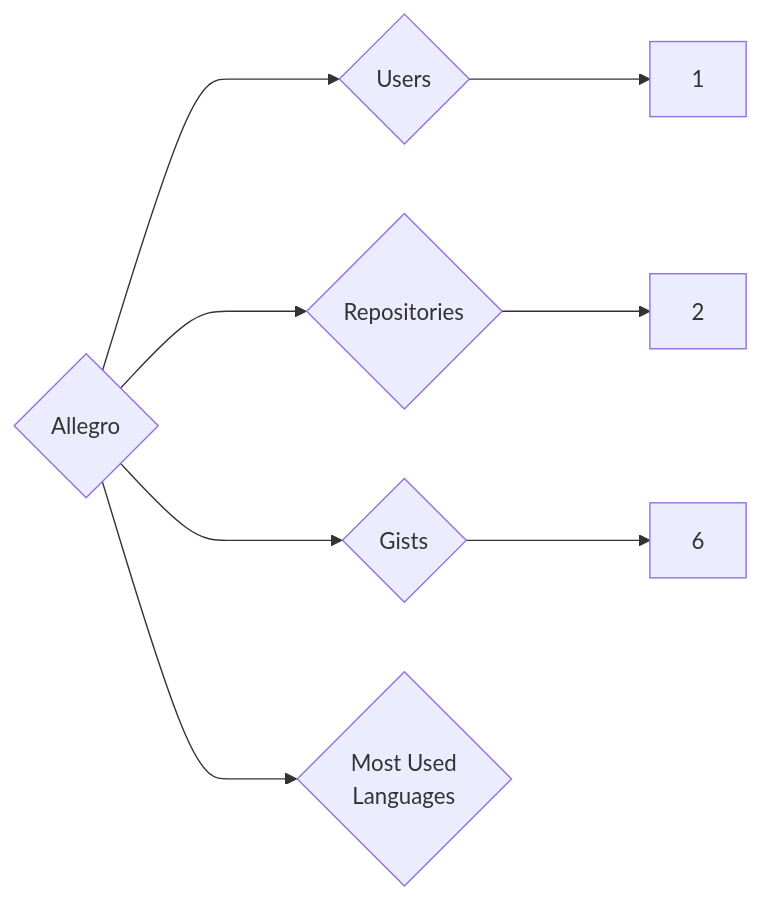
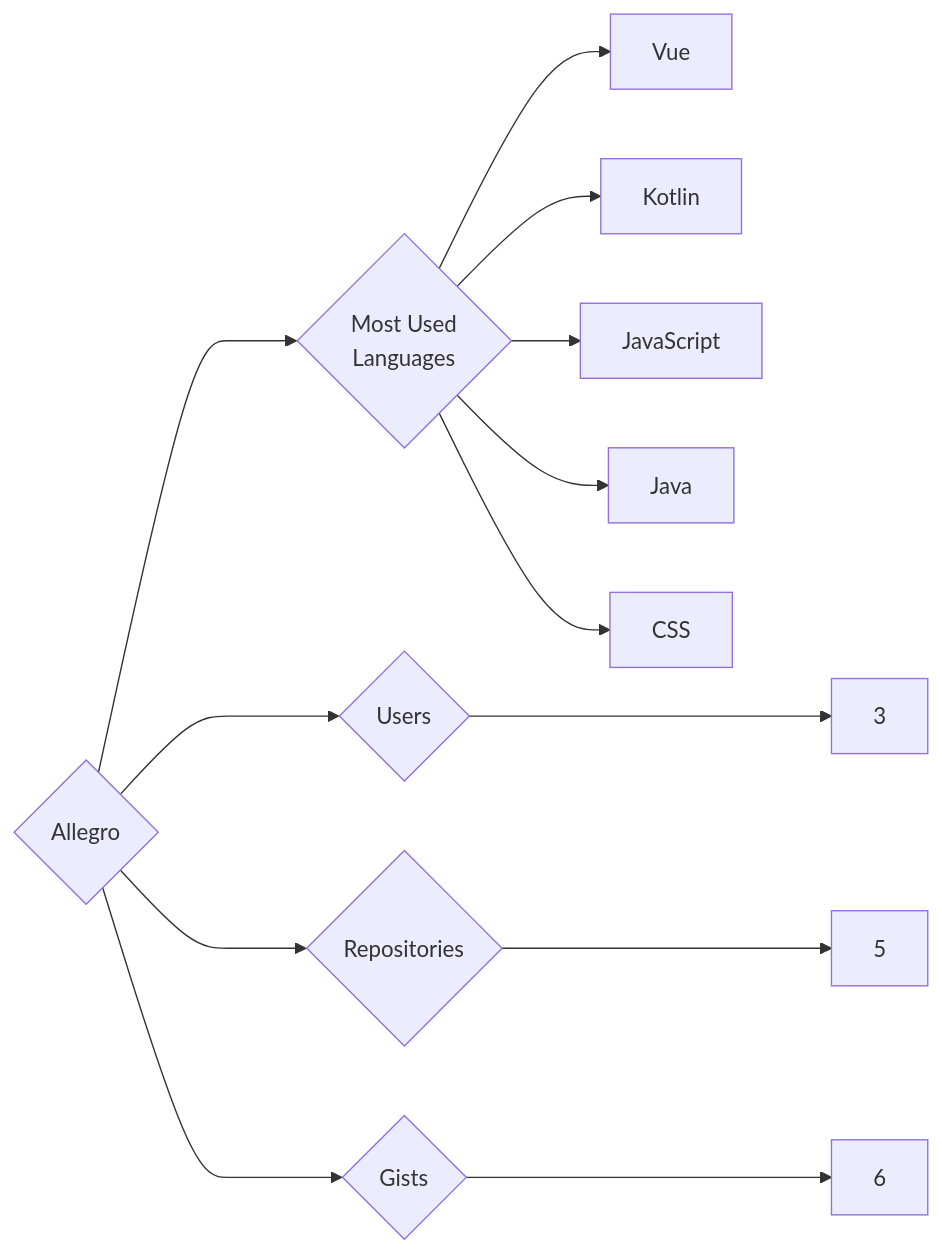
The diagram in targets/Allegro/README.md (trickest/insiders), drawn with Mermaid before and after one commit. The commit also changed 942 other files, not shown here.

````diff
--- a/targets/Allegro/README.md
+++ b/targets/Allegro/README.md
@@ -3,8 +3,13 @@
 ```mermaid
 graph LR
 COMPANY_NAME{Allegro}
-COMPANY_NAME ---> U{Users} ---> UN[1]
-COMPANY_NAME ---> R{Repositories} ---> RN[2]
+COMPANY_NAME ---> U{Users} ---> UN[3]
+COMPANY_NAME ---> R{Repositories} ---> RN[5]
 COMPANY_NAME ---> G{Gists} ---> GN[6]
 COMPANY_NAME ---> ML{Most Used<br>Languages}
+ML --> Vue[Vue]
+ML --> Kotlin[Kotlin]
+ML --> JavaScript[JavaScript]
+ML --> Java[Java]
+ML --> CSS[CSS]
 ```
````
